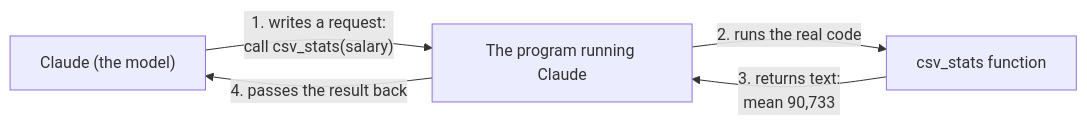
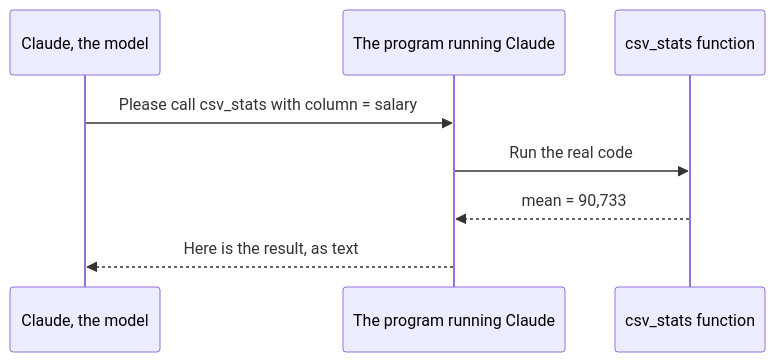
The first of 10 diagrams in docs/INTRO-TO-AGENTS.md (iportilla/agents), drawn with Mermaid before and after one commit. The commit also changed other lines of this file, not shown here.

First line of the commit message:
Make the intro guide's diagrams readable in Typora

````diff
--- a/docs/INTRO-TO-AGENTS.md
+++ b/docs/INTRO-TO-AGENTS.md
@@ -44,7 +44,10 @@
 ```mermaid
-flowchart LR
-    M["Claude (the model)"] -->|"1. writes a request:<br/>call csv_stats(salary)"| H["The program running Claude"]
-    H -->|"2. runs the real code"| T["csv_stats function"]
-    T -->|"3. returns text:<br/>mean 90,733"| H
-    H -->|"4. passes the result back"| M
+sequenceDiagram
+    participant M as Claude, the model
+    participant H as The program running Claude
+    participant T as csv_stats function
+    M->>H: Please call csv_stats with column = salary
+    H->>T: Run the real code
+    T-->>H: mean = 90,733
+    H-->>M: Here is the result, as text
 ```
````
